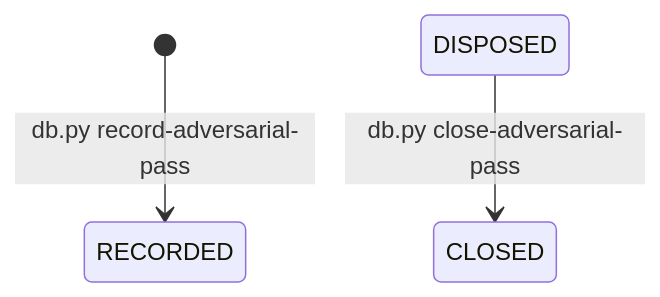
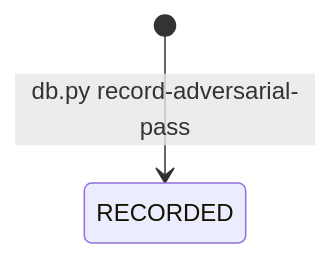
One commit to jordanelias/guidebook changed the eighth of 10 diagrams in workplan/pipeline-state-graph/STATE-GRAPH.md. Above: the diagram before and after it, drawn with Mermaid. The commit also changed other lines of this file and 51 other files, not shown here.

````diff
--- a/workplan/pipeline-state-graph/STATE-GRAPH.md
+++ b/workplan/pipeline-state-graph/STATE-GRAPH.md
@@ -221,5 +221,4 @@
 ```mermaid
 stateDiagram-v2
   [*] --> RECORDED: db.py record-adversarial-pass
-  DISPOSED --> CLOSED: db.py close-adversarial-pass
 ```
````
